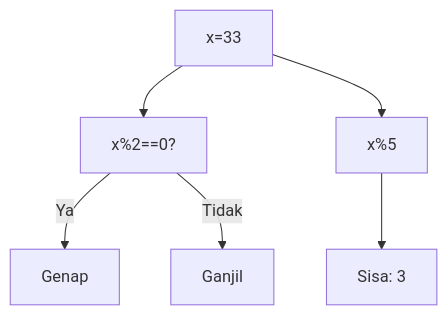
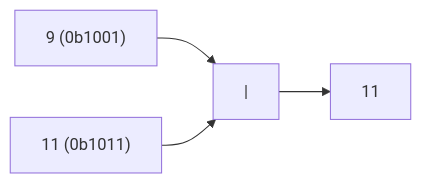
The third of 25 diagrams in part-c-pemahaman-cpp/06-bitwise/latihan/set-06.md (amnahwaida/OSNK_INF_PREP), drawn with Mermaid before and after one commit. The commit also changed other lines of this file and 71 other files, not shown here.

````diff
--- a/part-c-pemahaman-cpp/06-bitwise/latihan/set-06.md
+++ b/part-c-pemahaman-cpp/06-bitwise/latihan/set-06.md
@@ -123,8 +73,6 @@
 ```mermaid
-graph TD
-A["x=33"] --> B["x%2==0?"]
-B -- Ya --> C["Genap"]
-B -- Tidak --> D["Ganjil"]
-A --> E["x%5"]
-E --> F["Sisa: 3"]
+graph LR
+A["9 (0b1001)"] --> C["|"]
+B["11 (0b1011)"] --> C
+C --> D["11"]
 ```
````
